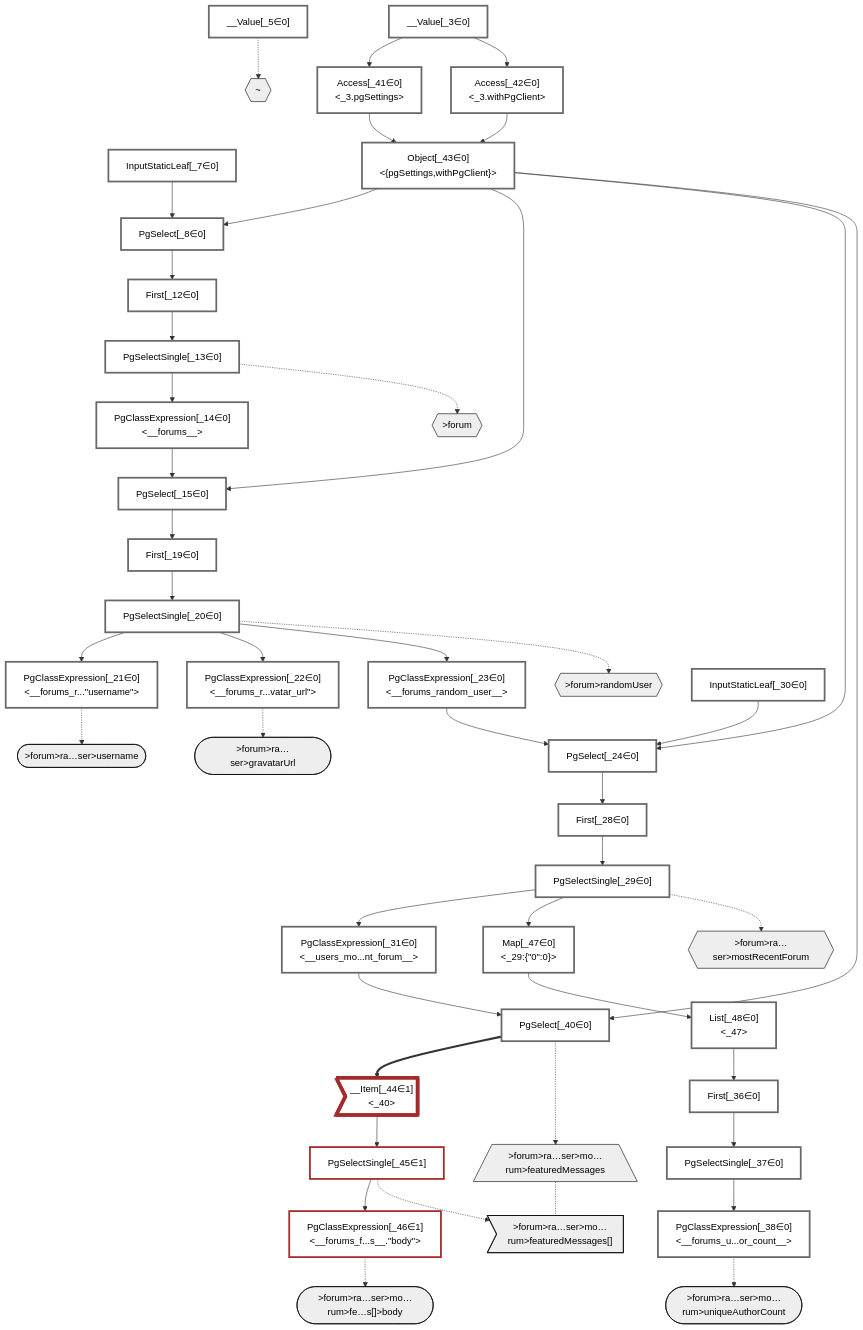
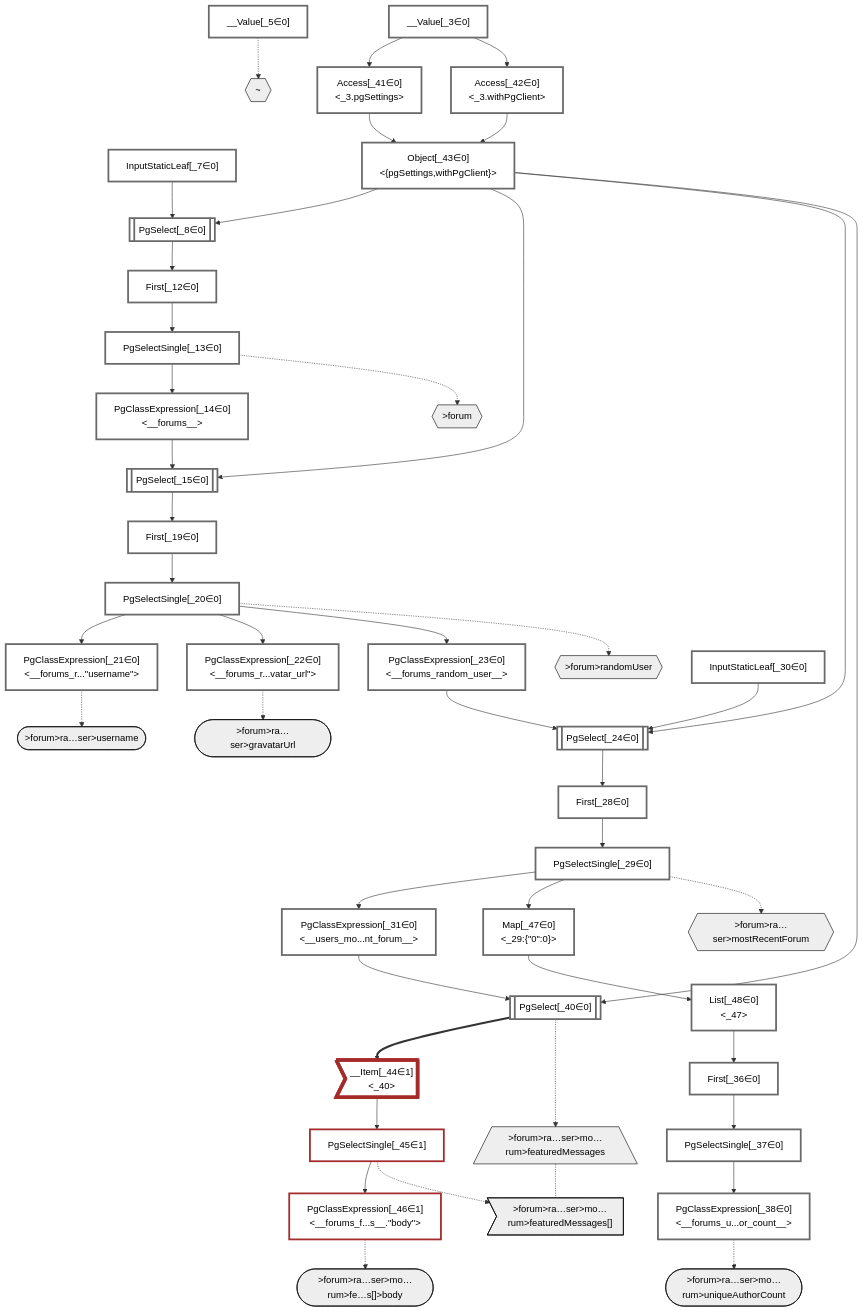
One commit to graphile/crystal changed the diagram in packages/dataplan-pg/__tests__/queries/functions/computed-column-combined.deopt.mermaid.md. Above: the diagram before and after it, drawn with Mermaid. The commit also changed 195 other files, not shown here.

```diff
--- a/packages/dataplan-pg/__tests__/queries/functions/computed-column-combined.deopt.mermaid.md
+++ b/packages/dataplan-pg/__tests__/queries/functions/computed-column-combined.deopt.mermaid.md
@@ -31,17 +31,17 @@
     __Value_3["__Value[_3∈0]<br /><context>"]:::plan
     __Value_5["__Value[_5∈0]<br /><rootValue>"]:::plan
     InputStaticLeaf_7["InputStaticLeaf[_7∈0]"]:::plan
-    PgSelect_8["PgSelect[_8∈0]<br /><forums>"]:::plan
+    PgSelect_8[["PgSelect[_8∈0]<br /><forums>"]]:::plan
     First_12["First[_12∈0]"]:::plan
     PgSelectSingle_13["PgSelectSingle[_13∈0]<br /><forums>"]:::plan
     PgClassExpression_14["PgClassExpression[_14∈0]<br /><__forums__>"]:::plan
-    PgSelect_15["PgSelect[_15∈0]<br /><forums_random_user>"]:::plan
+    PgSelect_15[["PgSelect[_15∈0]<br /><forums_random_user>"]]:::plan
     First_19["First[_19∈0]"]:::plan
     PgSelectSingle_20["PgSelectSingle[_20∈0]<br /><users>"]:::plan
     PgClassExpression_21["PgClassExpression[_21∈0]<br /><__forums_r...#quot;username#quot;>"]:::plan
     PgClassExpression_22["PgClassExpression[_22∈0]<br /><__forums_r...vatar_url#quot;>"]:::plan
     PgClassExpression_23["PgClassExpression[_23∈0]<br /><__forums_random_user__>"]:::plan
-    PgSelect_24["PgSelect[_24∈0]<br /><users_most_recent_forum>"]:::plan
+    PgSelect_24[["PgSelect[_24∈0]<br /><users_most_recent_forum>"]]:::plan
     First_28["First[_28∈0]"]:::plan
     PgSelectSingle_29["PgSelectSingle[_29∈0]<br /><users_most_recent_forum>"]:::plan
     InputStaticLeaf_30["InputStaticLeaf[_30∈0]"]:::plan
@@ -49,7 +49,7 @@
     First_36["First[_36∈0]"]:::plan
     PgSelectSingle_37["PgSelectSingle[_37∈0]<br /><forums_unique_author_count>"]:::plan
     PgClassExpression_38["PgClassExpression[_38∈0]<br /><__forums_u...or_count__>"]:::plan
-    PgSelect_40["PgSelect[_40∈0]<br /><forums_featured_messages>"]:::plan
+    PgSelect_40[["PgSelect[_40∈0]<br /><forums_featured_messages>"]]:::plan
     Access_41["Access[_41∈0]<br /><_3.pgSettings>"]:::plan
     Access_42["Access[_42∈0]<br /><_3.withPgClient>"]:::plan
     Object_43["Object[_43∈0]<br /><{pgSettings,withPgClient}>"]:::plan
```
